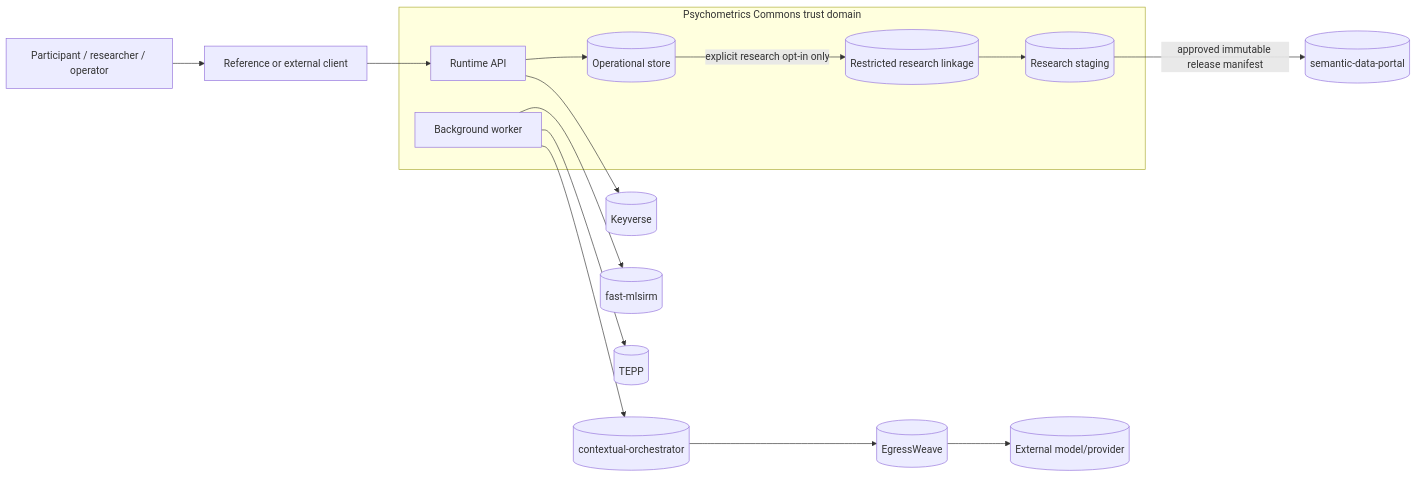
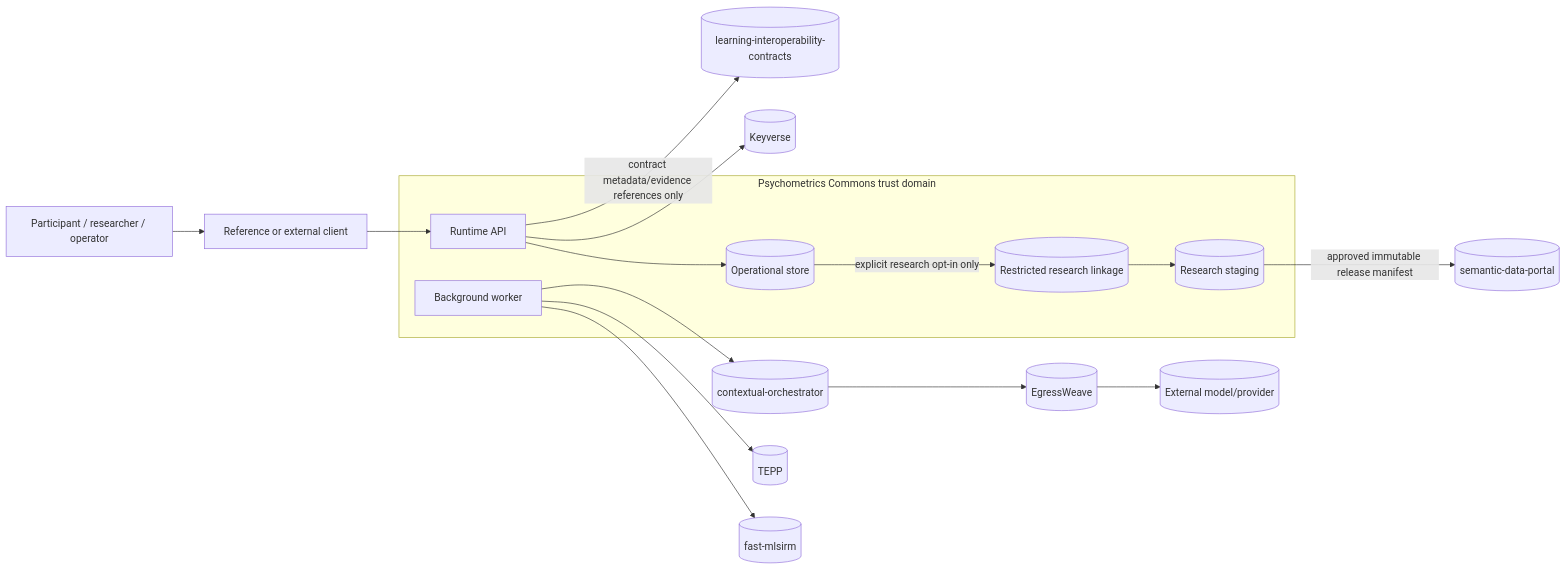
One commit to ContextualWisdomLab/psychometrics-commons changed the first of 2 diagrams in docs/architecture/SECURITY_AND_DATA.md. Above: the diagram before and after it, drawn with Mermaid. The commit also changed other lines of this file and 14 other files, not shown here.

Commit message:
feat(cefr): add review-only contract consumer boundary

````diff
--- a/docs/architecture/SECURITY_AND_DATA.md
+++ b/docs/architecture/SECURITY_AND_DATA.md
@@ -10,31 +10,33 @@
 ```mermaid
 flowchart LR
     user[Participant / researcher / operator]
     client[Reference or external client]
 
     subgraph product[Psychometrics Commons trust domain]
         api[Runtime API]
         store[(Operational store)]
         linkage[(Restricted research linkage)]
         staging[(Research staging)]
         worker[Background worker]
     end
 
     keyverse[(Keyverse)]
     fast[(fast-mlsirm)]
+    cefr[(learning-interoperability-contracts)]
     tepp[(TEPP)]
     portal[(semantic-data-portal)]
     ai[(contextual-orchestrator)]
     egress[(EgressWeave)]
     provider[(External model/provider)]
 
     user --> client --> api
     api --> store
     api --> keyverse
     worker --> fast
+    api -->|contract metadata/evidence references only| cefr
     worker --> tepp
     store -->|explicit research opt-in only| linkage
     linkage --> staging
     staging -->|approved immutable release manifest| portal
     worker --> ai --> egress --> provider
 ```
````
